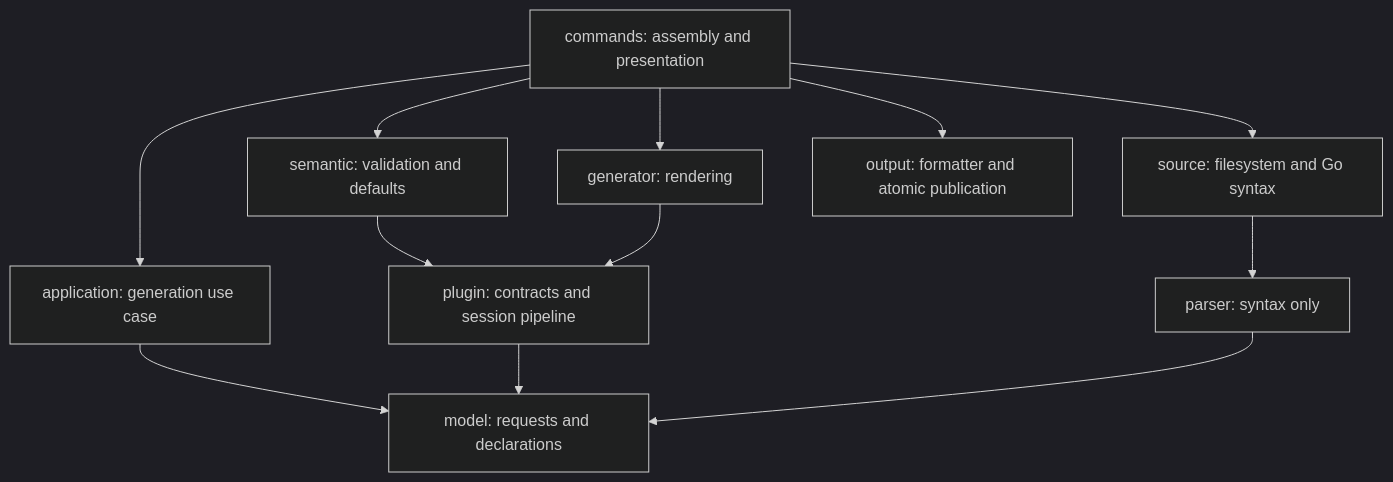
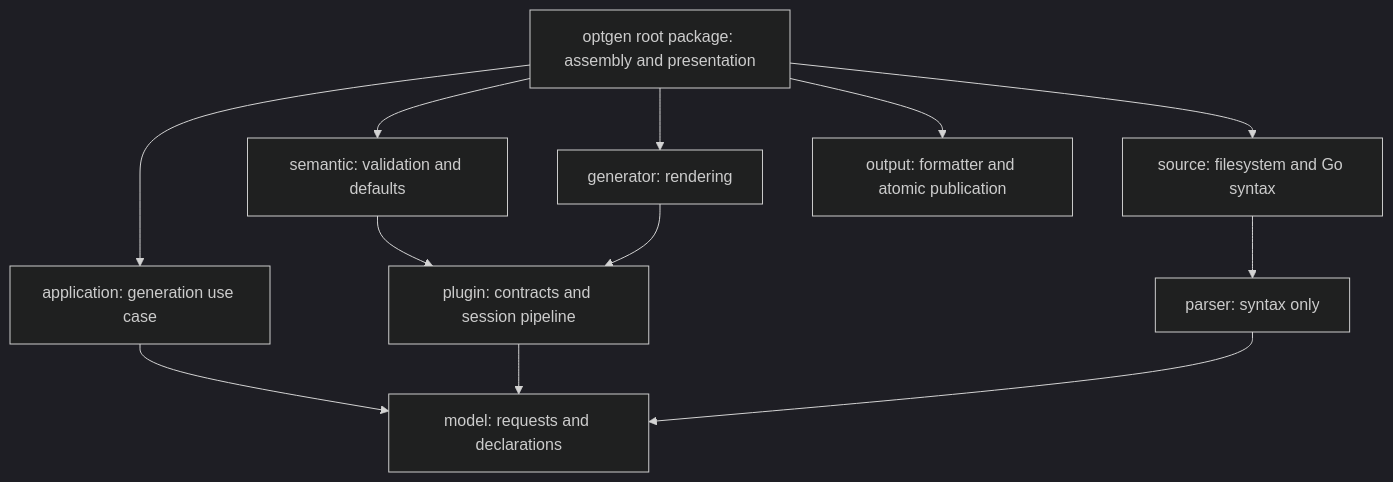
One commit to altessa-s/go-optgen changed the diagram in docs/architecture.md. Above: the diagram before and after it, drawn with Mermaid (dark theme). The commit also changed other lines of this file and 51 other files, not shown here.

First line of the commit message:
feat: expose the CLI as the root package

````diff
--- a/docs/architecture.md
+++ b/docs/architecture.md
@@ -6,14 +6,14 @@
 ```mermaid
 flowchart TD
-    CLI[commands: assembly and presentation] --> App[application: generation use case]
+    CLI[optgen root package: assembly and presentation] --> App[application: generation use case]
     CLI --> Source[source: filesystem and Go syntax]
     CLI --> Semantic[semantic: validation and defaults]
     CLI --> Generator[generator: rendering]
     CLI --> Output[output: formatter and atomic publication]
     App --> Model[model: requests and declarations]
     Source --> Parser[parser: syntax only]
     Semantic --> Plugin[plugin: contracts and session pipeline]
     Generator --> Plugin
     Plugin --> Model
     Parser --> Model
 ```
````
